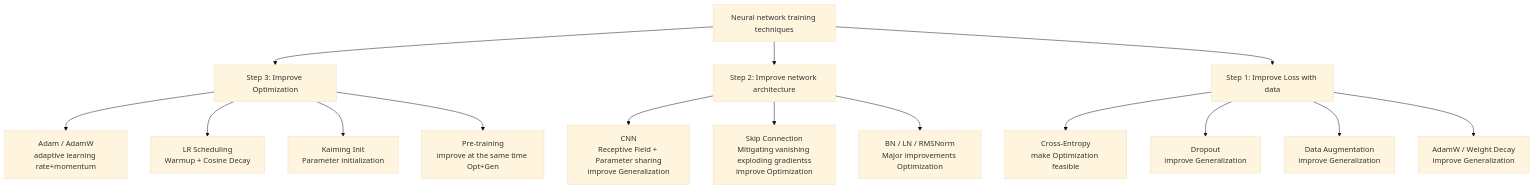
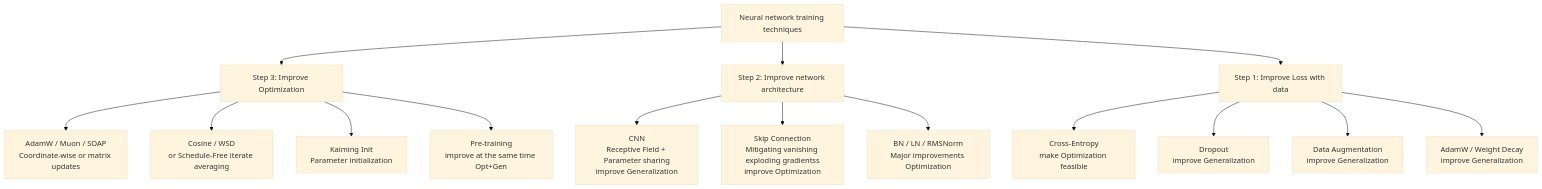
Before and after one commit to TingdeLiu/tingdeliu.github.io: the tenth of 15 diagrams in _translations/en/research/Deep-Learning-Survey.md, drawn with Mermaid (base theme). The commit also changed other lines of this file and 2 other files, not shown here.

Commit message:
Update bilingual deep learning survey with recent optimizers

````diff
--- a/_translations/en/research/Deep-Learning-Survey.md
+++ b/_translations/en/research/Deep-Learning-Survey.md
@@ -1372,17 +1452,17 @@
 ```mermaid
 flowchart TD
     A["Neural network training techniques"] --> B["Step 3: Improve Optimization"]
     A --> C["Step 2: Improve network architecture"]
     A --> D["Step 1: Improve Loss with data"]
-    B --> B1["Adam / AdamW<br/>adaptive learning rate+momentum"]
-    B --> B2["LR Scheduling<br/>Warmup + Cosine Decay"]
+    B --> B1["AdamW / Muon / SOAP<br/>Coordinate-wise or matrix updates"]
+    B --> B2["Cosine / WSD<br/>or Schedule-Free iterate averaging"]
     B --> B3["Kaiming Init<br/>Parameter initialization"]
     B --> B4["Pre-training<br/>improve at the same time Opt+Gen"]
     C --> C1["CNN<br/>Receptive Field + Parameter sharing<br/>improve Generalization"]
     C --> C2["Skip Connection<br/>Mitigating vanishing exploding gradientss<br/>improve Optimization"]
     C --> C3["BN / LN / RMSNorm<br/>Major improvements Optimization"]
     D --> D1["Cross-Entropy<br/>make Optimization feasible"]
     D --> D2["Dropout<br/>improve Generalization"]
     D --> D3["Data Augmentation<br/>improve Generalization"]
     D --> D4["AdamW / Weight Decay<br/>improve Generalization"]
 ```
````
